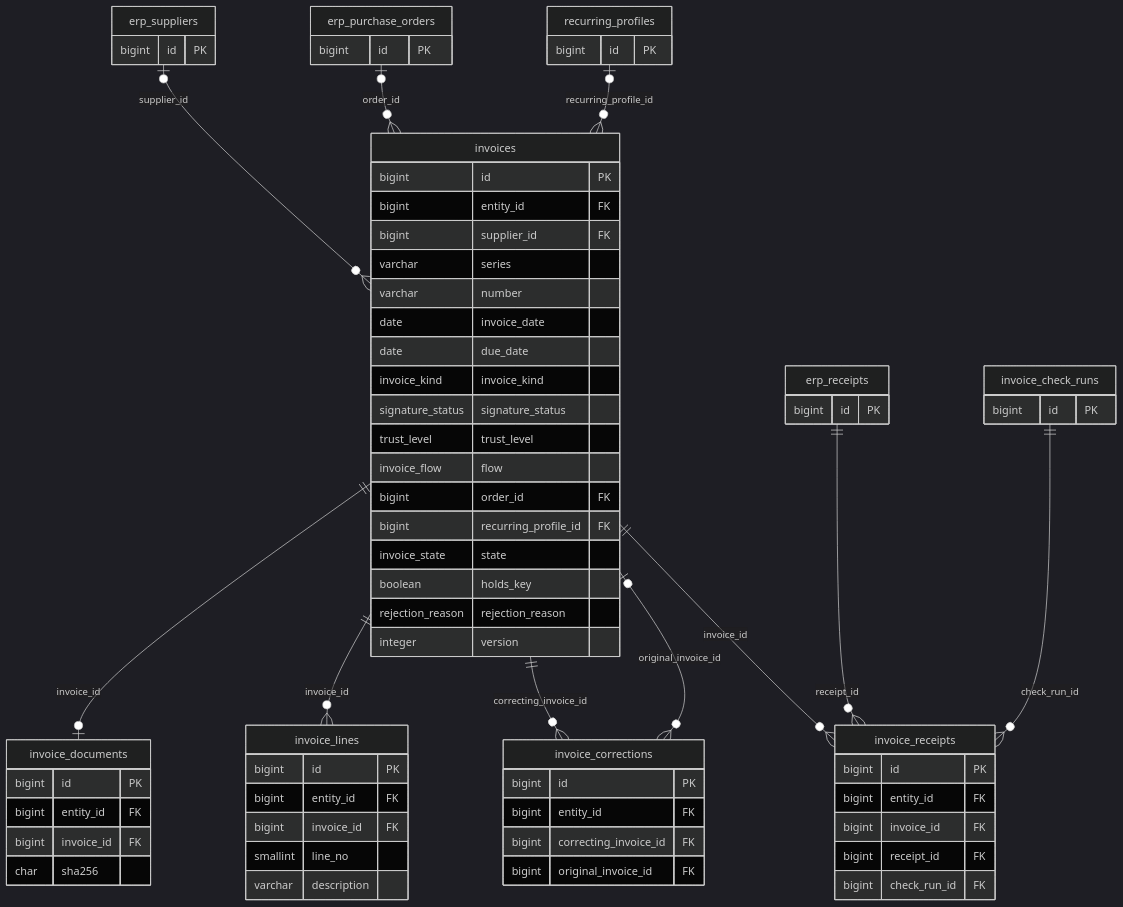
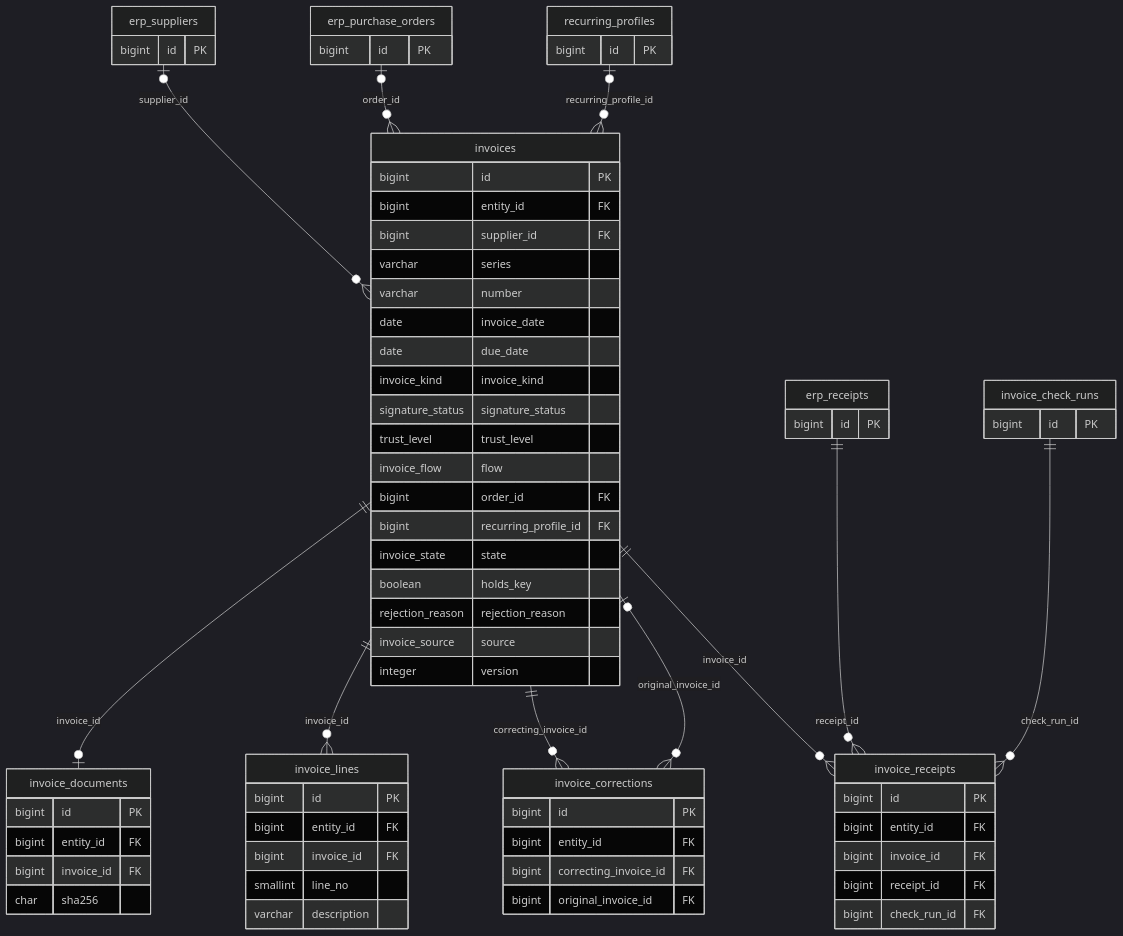
The seventh of 14 diagrams in docs/05-database/02-er-diagram.md (minhtuann1102/MatchPay), drawn with Mermaid (dark theme) before and after one commit. The commit also changed other lines of this file and 9 other files, not shown here.

Commit message:
docs: sync Step 5 database to the feature mind map (draft for review)

```diff
--- a/docs/05-database/02-er-diagram.md
+++ b/docs/05-database/02-er-diagram.md
@@ -575,6 +616,7 @@
     invoice_state state
     boolean holds_key
     rejection_reason rejection_reason
+    invoice_source source
     integer version
   }
 
```
